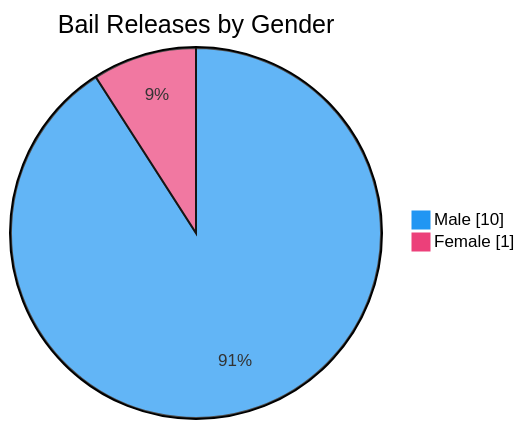
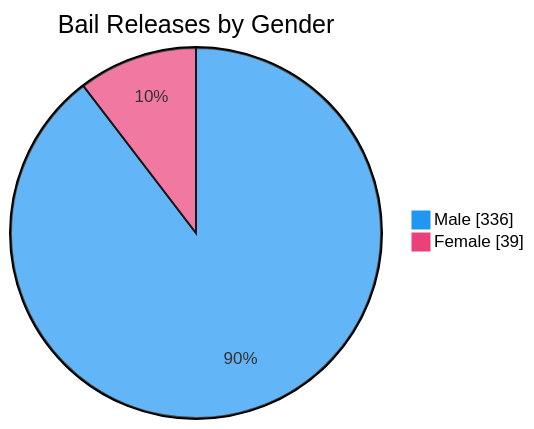
Before and after one commit to nuuuwan/lk_prisons: the seventh of 7 diagrams in README.md, drawn with Mermaid. The commit also changed other lines of this file and 1 other file, not shown here.

````diff
--- a/README.md
+++ b/README.md
@@ -109,6 +109,6 @@
 ```mermaid
 %%{init: {'themeVariables': {'pie1': '#2196F3', 'pie2': '#EC407A'}}}%%
 pie showData title Bail Releases by Gender
-    "Male" : 10
-    "Female" : 1
+    "Male" : 336
+    "Female" : 39
 ```
````
